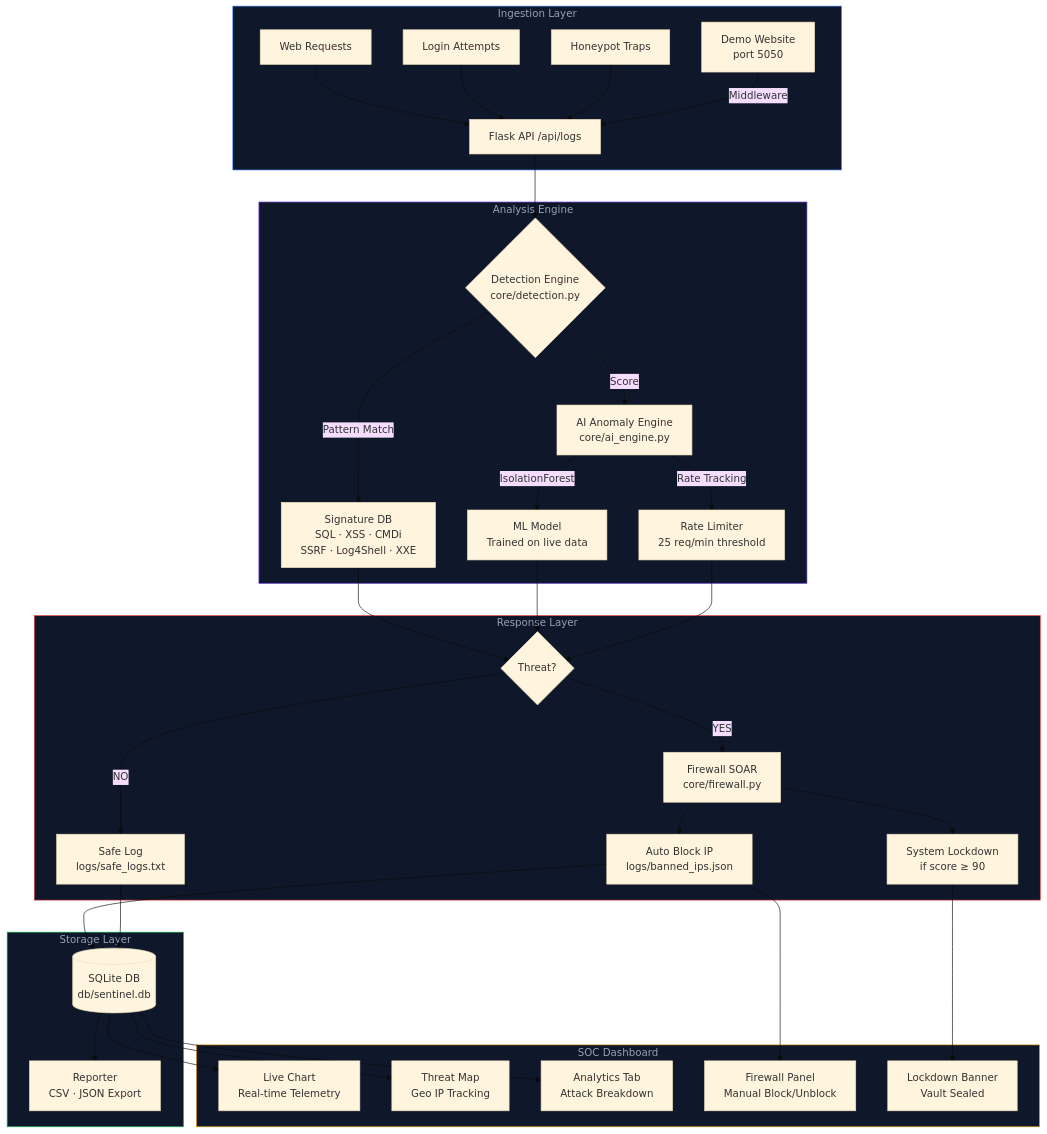
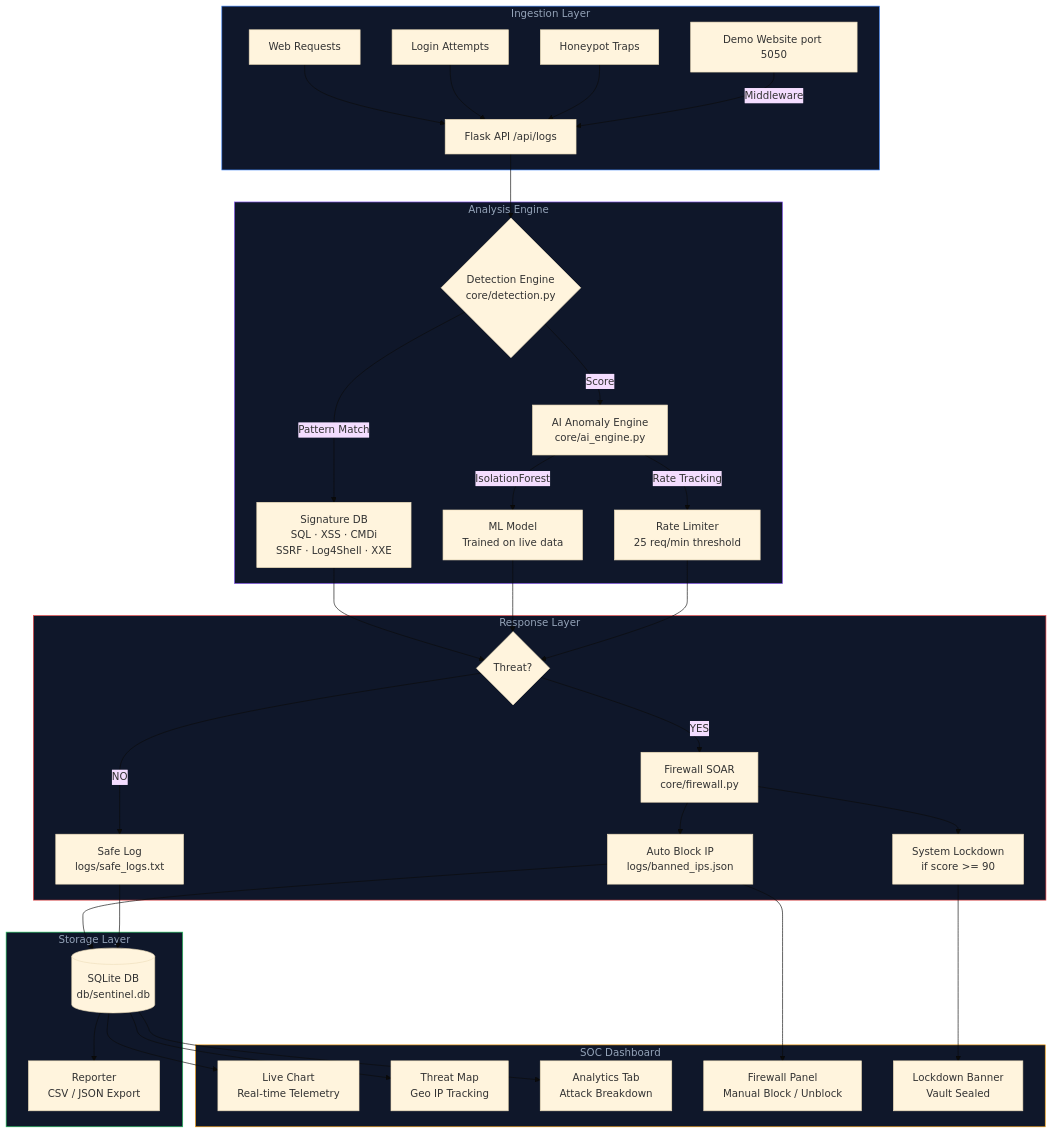
The diagram in README.md (abhaystic/SENTINEL_SIEM), drawn with Mermaid (base theme) before and after one commit. The commit also changed other lines of this file, not shown here.

````diff
--- a/README.md
+++ b/README.md
@@ -39,47 +55,47 @@
 ```mermaid
 graph TB
-    subgraph IngestionLayer ["Ingestion Layer"]
+    subgraph INGESTION ["Ingestion Layer"]
         A[Web Requests] --> B[Flask API /api/logs]
         C[Login Attempts] --> B
         D[Honeypot Traps] --> B
-        E[Demo Website\nport 5050] -->|Middleware| B
+        E[Demo Website port 5050] -->|Middleware| B
     end
 
-    subgraph AnalysisEngine ["Analysis Engine"]
+    subgraph ANALYSIS ["Analysis Engine"]
         B --> F{Detection Engine\ncore/detection.py}
         F -->|Pattern Match| G[Signature DB\nSQL · XSS · CMDi\nSSRF · Log4Shell · XXE]
         F -->|Score| H[AI Anomaly Engine\ncore/ai_engine.py]
         H -->|IsolationForest| I[ML Model\nTrained on live data]
         H -->|Rate Tracking| J[Rate Limiter\n25 req/min threshold]
     end
 
-    subgraph ResponseLayer ["Response Layer"]
+    subgraph RESPONSE ["Response Layer"]
         G --> K{Threat?}
         I --> K
         J --> K
         K -->|YES| L[Firewall SOAR\ncore/firewall.py]
         K -->|NO| M[Safe Log\nlogs/safe_logs.txt]
         L --> N[Auto Block IP\nlogs/banned_ips.json]
-        L --> O[System Lockdown\nif score ≥ 90]
+        L --> O[System Lockdown\nif score >= 90]
     end
 
-    subgraph StorageLayer ["Storage Layer"]
+    subgraph STORAGE ["Storage Layer"]
         N --> P[(SQLite DB\ndb/sentinel.db)]
         M --> P
-        P --> Q[Reporter\nCSV · JSON Export]
+        P --> Q[Reporter\nCSV / JSON Export]
     end
 
-    subgraph Dashboard ["SOC Dashboard"]
+    subgraph DASHBOARD ["SOC Dashboard"]
         P --> R[Live Chart\nReal-time Telemetry]
         P --> S[Threat Map\nGeo IP Tracking]
         P --> T[Analytics Tab\nAttack Breakdown]
-        N --> U[Firewall Panel\nManual Block/Unblock]
+        N --> U[Firewall Panel\nManual Block / Unblock]
         O --> V[Lockdown Banner\nVault Sealed]
     end
 
-    style IngestionLayer fill:#0f172a,stroke:#3b82f6,color:#94a3b8
-    style AnalysisEngine fill:#0f172a,stroke:#8b5cf6,color:#94a3b8
-    style ResponseLayer fill:#0f172a,stroke:#ef4444,color:#94a3b8
-    style StorageLayer fill:#0f172a,stroke:#22c55e,color:#94a3b8
-    style Dashboard fill:#0f172a,stroke:#f59e0b,color:#94a3b8
+    style INGESTION fill:#0f172a,stroke:#3b82f6,color:#94a3b8
+    style ANALYSIS fill:#0f172a,stroke:#8b5cf6,color:#94a3b8
+    style RESPONSE fill:#0f172a,stroke:#ef4444,color:#94a3b8
+    style STORAGE fill:#0f172a,stroke:#22c55e,color:#94a3b8
+    style DASHBOARD fill:#0f172a,stroke:#f59e0b,color:#94a3b8
 ```
````
